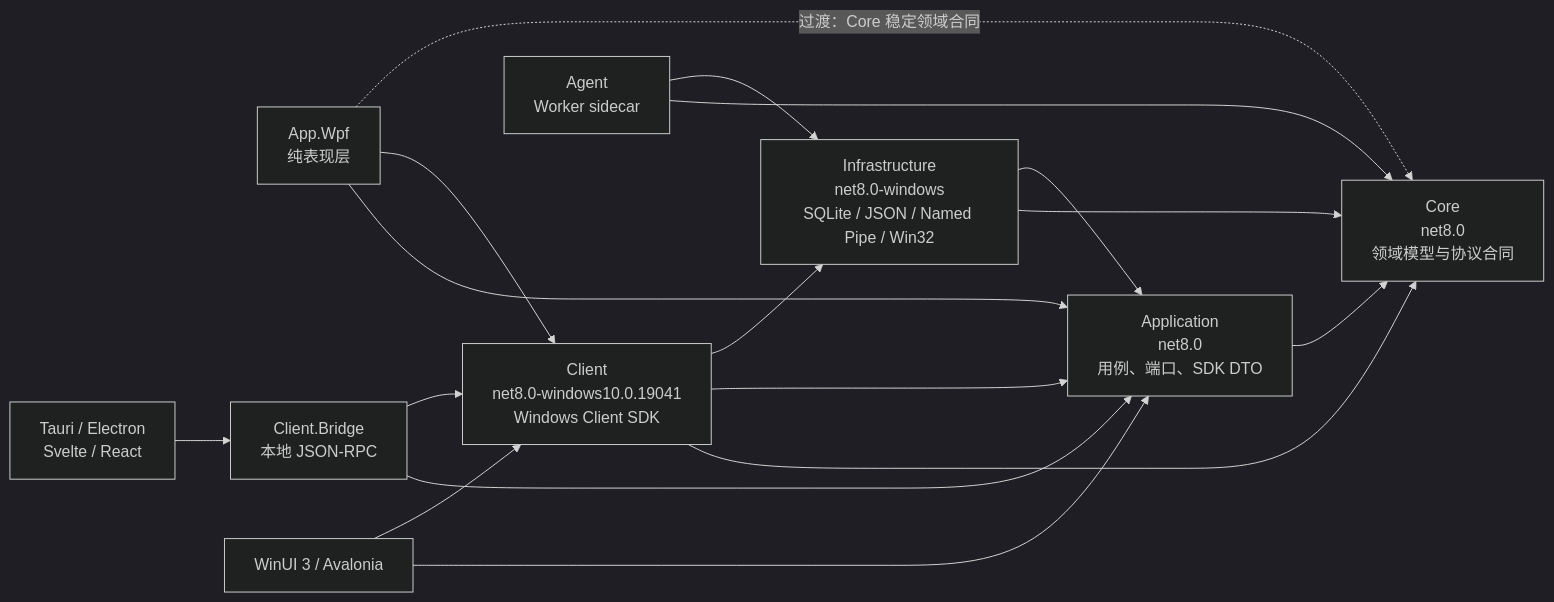
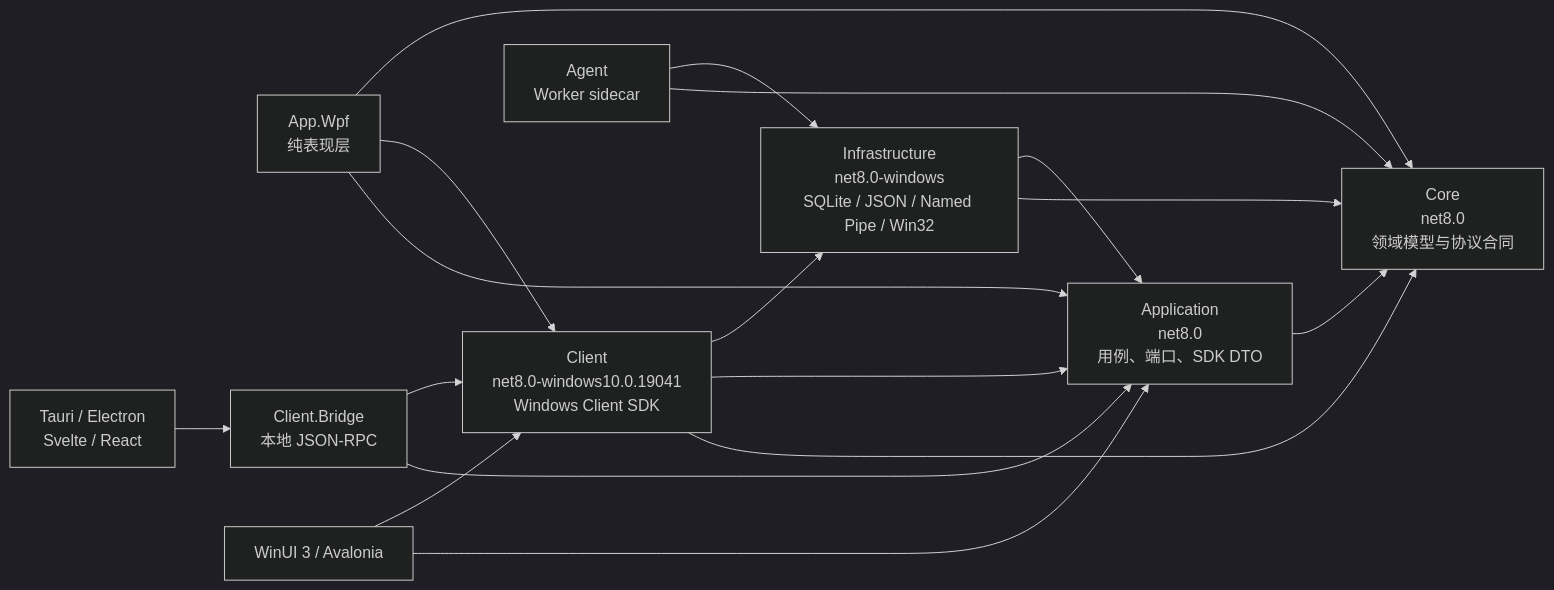
The diagram in docs/design/Application-Client-SDK抽取方案-2026-07-16.md (Malogic-hopp/wuji-windows-tauri), drawn with Mermaid (dark theme) before and after one commit. The commit also changed other lines of this file and 1 other file, not shown here.

````diff
--- a/docs/design/Application-Client-SDK抽取方案-2026-07-16.md
+++ b/docs/design/Application-Client-SDK抽取方案-2026-07-16.md
@@ -47,29 +47,29 @@
 ```mermaid
 flowchart LR
     Core["Core\nnet8.0\n领域模型与协议合同"]
     Application["Application\nnet8.0\n用例、端口、SDK DTO"]
     Infrastructure["Infrastructure\nnet8.0-windows\nSQLite / JSON / Named Pipe / Win32"]
     Client["Client\nnet8.0-windows10.0.19041\nWindows Client SDK"]
     Agent["Agent\nWorker sidecar"]
     Wpf["App.Wpf\n纯表现层"]
     Bridge["Client.Bridge\n本地 JSON-RPC"]
     WebUi["Tauri / Electron\nSvelte / React"]
     OtherDotNetUi["WinUI 3 / Avalonia"]
 
     Application --> Core
     Infrastructure --> Core
     Infrastructure --> Application
     Client --> Core
     Client --> Application
     Client --> Infrastructure
     Agent --> Core
     Agent --> Infrastructure
     Wpf --> Application
     Wpf --> Client
-    Wpf -. "过渡：Core 稳定领域合同" .-> Core
+    Wpf --> Core
     OtherDotNetUi --> Application
     OtherDotNetUi --> Client
     Bridge --> Application
     Bridge --> Client
     WebUi --> Bridge
 ```
````
